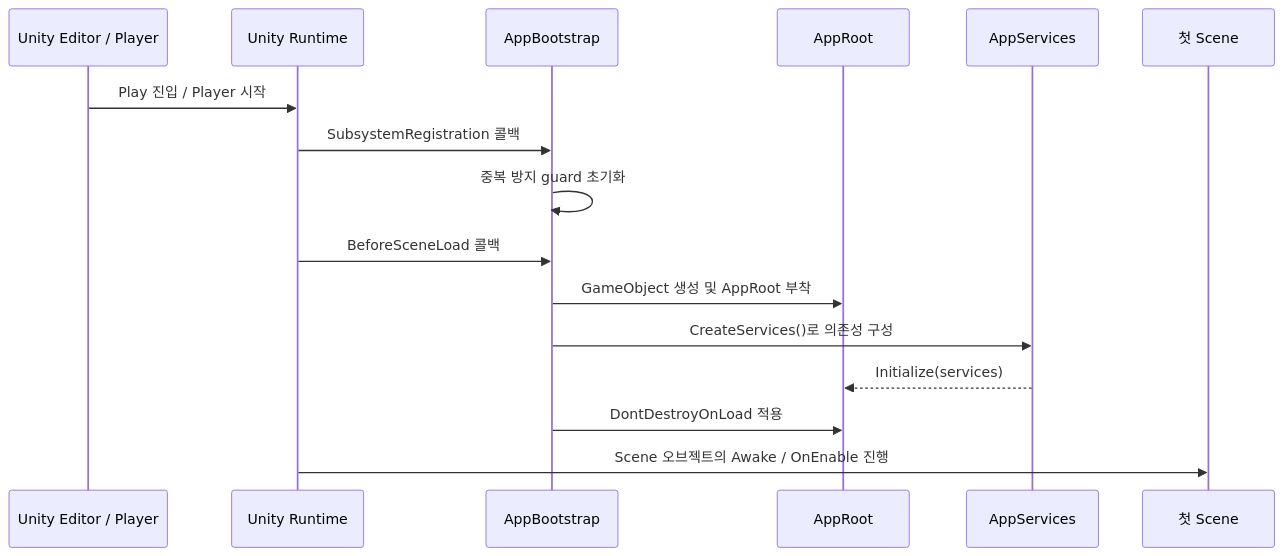
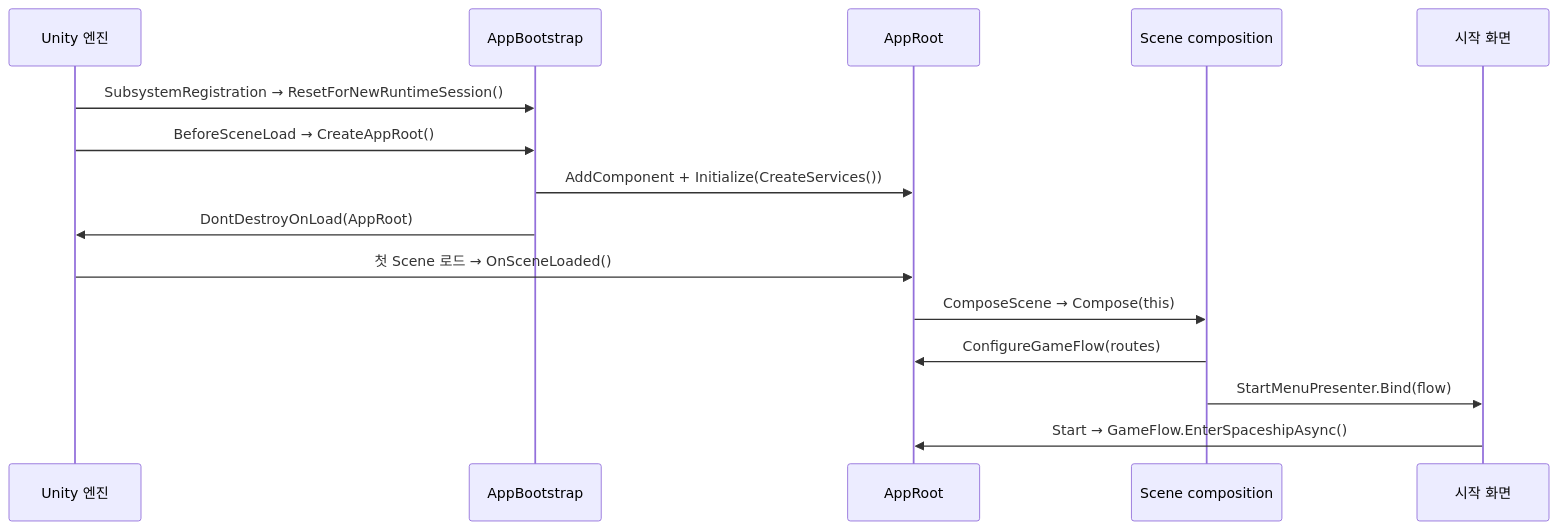
Before and after one commit to Team-HJD-21/unity-6-the-developer: the first of 2 diagrams in Assets/Scripts/Core/README.md, drawn with Mermaid. The commit also changed other lines of this file and 7 other files, not shown here.

````diff
--- a/Assets/Scripts/Core/README.md
+++ b/Assets/Scripts/Core/README.md
@@ -230,19 +42,17 @@
 ```mermaid
 sequenceDiagram
-    participant E as Unity Editor / Player
-    participant U as Unity Runtime
+    participant U as Unity 엔진
     participant B as AppBootstrap
     participant R as AppRoot
-    participant S as AppServices
-    participant SC as 첫 Scene
-
-    E->>U: Play 진입 / Player 시작
-    U->>B: SubsystemRegistration 콜백
-    B->>B: 중복 방지 guard 초기화
-    U->>B: BeforeSceneLoad 콜백
-    B->>R: GameObject 생성 및 AppRoot 부착
-    B->>S: CreateServices()로 의존성 구성
-    S-->>R: Initialize(services)
-    B->>R: DontDestroyOnLoad 적용
-    U->>SC: Scene 오브젝트의 Awake / OnEnable 진행
+    participant S as Scene composition
+    participant V as 시작 화면
+    U->>B: SubsystemRegistration → ResetForNewRuntimeSession()
+    U->>B: BeforeSceneLoad → CreateAppRoot()
+    B->>R: AddComponent + Initialize(CreateServices())
+    B->>U: DontDestroyOnLoad(AppRoot)
+    U->>R: 첫 Scene 로드 → OnSceneLoaded()
+    R->>S: ComposeScene → Compose(this)
+    S->>R: ConfigureGameFlow(routes)
+    S->>V: StartMenuPresenter.Bind(flow)
+    V->>R: Start → GameFlow.EnterSpaceshipAsync()
 ```
````
